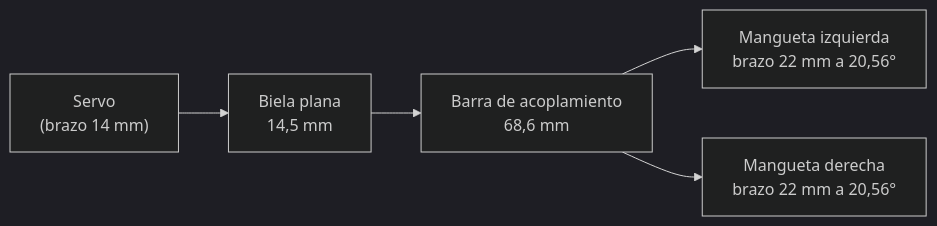
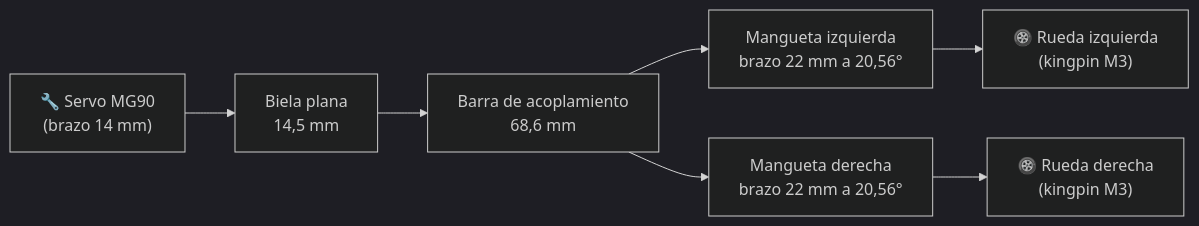
Before and after one commit to erchivox/Prometheus-Team-2026: the fifth of 17 diagrams in README.md, drawn with Mermaid (dark theme). The commit also changed other lines of this file and 10 other files, not shown here.

````diff
--- a/README.md
+++ b/README.md
@@ -697,7 +851,9 @@
 ```mermaid
 flowchart LR
-    S["Servo<br/>(brazo 14 mm)"] --> B["Biela plana<br/>14,5 mm"]
+    S["🔧 Servo MG90<br/>(brazo 14 mm)"] --> B["Biela plana<br/>14,5 mm"]
     B --> T["Barra de acoplamiento<br/>68,6 mm"]
     T --> MI["Mangueta izquierda<br/>brazo 22 mm a 20,56°"]
     T --> MD["Mangueta derecha<br/>brazo 22 mm a 20,56°"]
+    MI --> RI["🛞 Rueda izquierda<br/>(kingpin M3)"]
+    MD --> RD["🛞 Rueda derecha<br/>(kingpin M3)"]
 ```
````
